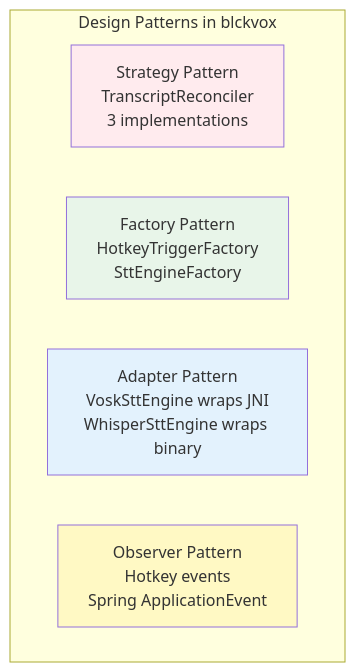
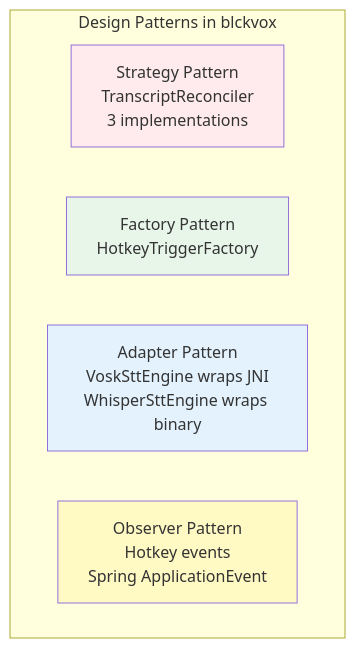
The third of 4 diagrams in docs/diagrams/architecture-overview.md (phillippitts/speakToMack), drawn with Mermaid before and after one commit. The commit also changed other lines of this file and 18 other files, not shown here.

````diff
--- a/docs/diagrams/architecture-overview.md
+++ b/docs/diagrams/architecture-overview.md
@@ -56,14 +57,14 @@
 ```mermaid
 graph TD
     subgraph Patterns["Design Patterns in blckvox"]
         Strategy[Strategy Pattern<br/>TranscriptReconciler<br/>3 implementations]
-        Factory[Factory Pattern<br/>HotkeyTriggerFactory<br/>SttEngineFactory]
+        Factory[Factory Pattern<br/>HotkeyTriggerFactory]
         Adapter[Adapter Pattern<br/>VoskSttEngine wraps JNI<br/>WhisperSttEngine wraps binary]
         Observer[Observer Pattern<br/>Hotkey events<br/>Spring ApplicationEvent]
     end
     
     style Strategy fill:#ffebee
     style Factory fill:#e8f5e9
     style Adapter fill:#e3f2fd
     style Observer fill:#fff9c4
 ```
````
